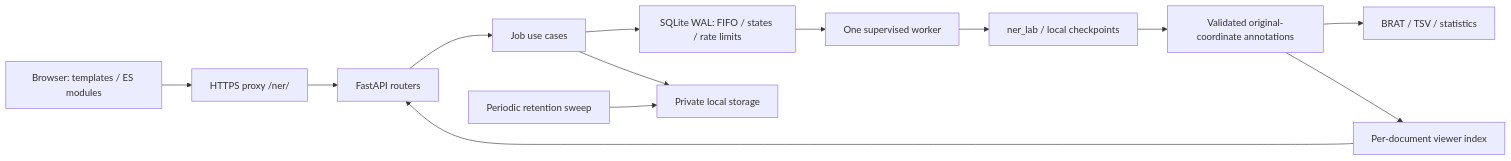
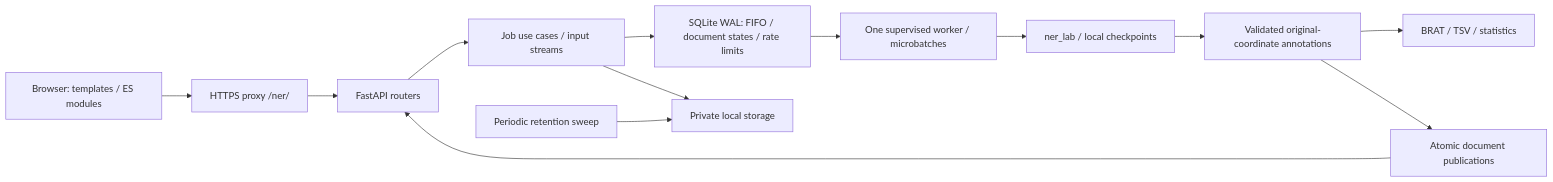
Before and after one commit to nlp4bia-bsc/ner-inference-web: the diagram in README.md, drawn with Mermaid. The commit also changed other lines of this file and 28 other files, not shown here.

````diff
--- a/README.md
+++ b/README.md
@@ -16,15 +17,15 @@
 ```mermaid
 flowchart LR
     B[Browser: templates / ES modules] --> P[HTTPS proxy /ner/]
     P --> A[FastAPI routers]
-    A --> J[Job use cases]
-    J --> Q[SQLite WAL: FIFO / states / rate limits]
+    A --> J[Job use cases / input streams]
+    J --> Q[SQLite WAL: FIFO / document states / rate limits]
     J --> S[Private local storage]
-    Q --> W[One supervised worker]
+    Q --> W[One supervised worker / microbatches]
     W --> N[ner_lab / local checkpoints]
     N --> V[Validated original-coordinate annotations]
     V --> X[BRAT / TSV / statistics]
-    V --> I[Per-document viewer index]
+    V --> I[Atomic document publications]
     I --> A
     C[Periodic retention sweep] --> S
 ```
````
